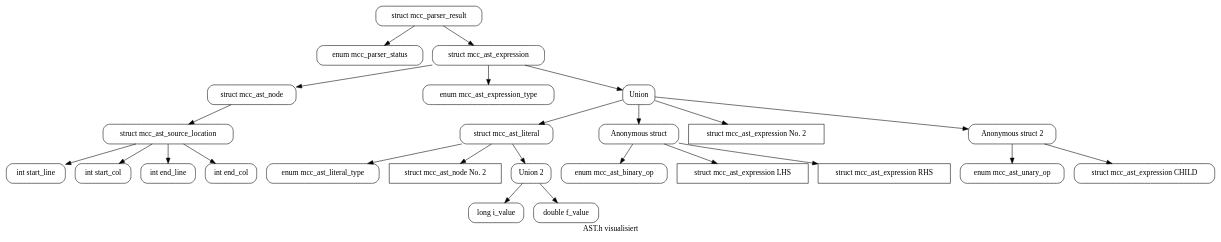
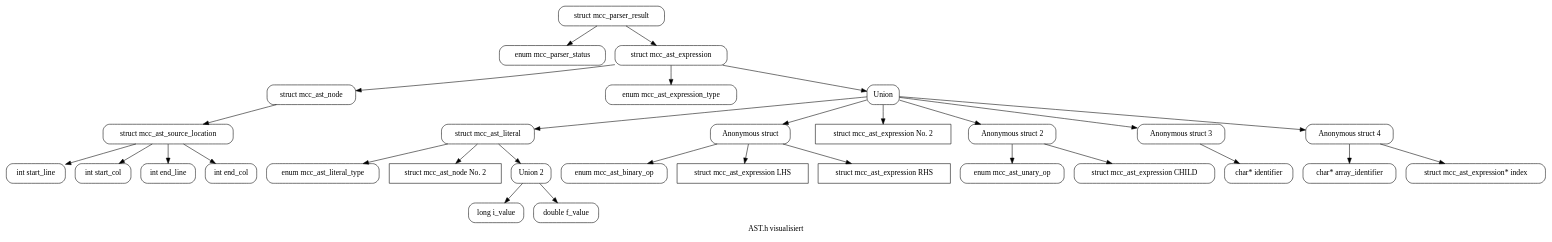
The diagram in tmp_development/Oliver/data_structures/graph.dot (RaoulSchikora/compiler), drawn with Graphviz before and after one commit. The commit also changed 1 other file, not shown here.

Commit message:
updated data structure graph to include identifier and array elements

```diff
--- a/tmp_development/Oliver/data_structures/graph.dot
+++ b/tmp_development/Oliver/data_structures/graph.dot
@@ -1,57 +1,67 @@
 digraph {
 	label="AST.h visualisiert"
 	
 	"struct mcc_parser_result"[shape="box", style=rounded];
 	"enum mcc_parser_status"[shape="box",style=rounded];
 	"struct mcc_ast_source_location"[shape="box", style=rounded];
 	"int start_line"[shape="box", style=rounded];
 	"int start_col"[shape="box", style=rounded];
 	"int end_line"[shape="box", style=rounded];
 	"int end_col"[shape="box", style=rounded];
 	"struct mcc_ast_node"[shape="box", style=rounded];
 	"enum mcc_ast_binary_op"[shape="box", style=rounded];
 	"enum mcc_ast_expression_type"[shape="box", style=rounded];
 	"struct mcc_ast_expression"[shape="box", style=rounded];
 	"enum mcc_ast_literal_type"[shape="box", style=rounded];
 	"struct mcc_ast_literal"[shape="box", style=rounded];
 	"Union"[shape="box", style=rounded];
 	"Anonymous struct"[shape="box", style=rounded];
 	"struct mcc_ast_expression LHS"[shape="box"];
 	"struct mcc_ast_expression RHS"[shape="box"];
 	"struct mcc_ast_expression No. 2"[shape="box"];
 	"struct mcc_ast_node No. 2"[shape="box"];
 	"Union 2"[shape="box",style=rounded];
 	"long i_value"[shape="box",style=rounded];
 	"double f_value"[shape="box",style=rounded];
 	"enum mcc_ast_unary_op"[shape="box",style=rounded];
 	"struct mcc_ast_expression CHILD"[shape="box",style=rounded];
 	"Anonymous struct 2"[shape="box", style=rounded];
+	"Anonymous struct 3"[shape="box", style=rounded];
+	"Anonymous struct 4"[shape="box", style=rounded];
+	"char* array_identifier"[shape="box", style=rounded];
+	"struct mcc_ast_expression* index"[shape="box", style=rounded];
+	"char* identifier"[shape="box", style=rounded];
 
 
 	"struct mcc_ast_source_location" -> "int start_line";
 	"struct mcc_ast_source_location" -> "int start_col";	
 	"struct mcc_ast_source_location" -> "int end_line";
 	"struct mcc_ast_source_location" -> "int end_col";
 	
 	"struct mcc_ast_node" -> "struct mcc_ast_source_location";
 	
 	"struct mcc_ast_expression" -> "struct mcc_ast_node";
 	"struct mcc_ast_expression" -> "enum mcc_ast_expression_type";
 	"struct mcc_ast_expression" -> "Union";
 	"Union" -> "struct mcc_ast_literal";	
 	"Union" -> "Anonymous struct";
 	"Union" -> "struct mcc_ast_expression No. 2";
 	"Union" -> "Anonymous struct 2"
 	"Anonymous struct 2" -> "enum mcc_ast_unary_op";
 	"Anonymous struct 2" -> "struct mcc_ast_expression CHILD";
 	"Anonymous struct" -> "enum mcc_ast_binary_op";
 	"Anonymous struct" -> "struct mcc_ast_expression LHS";
 	"Anonymous struct" -> "struct mcc_ast_expression RHS";
 	"struct mcc_ast_literal" -> "struct mcc_ast_node No. 2";
 	"struct mcc_ast_literal" -> "enum mcc_ast_literal_type";
 	"struct mcc_ast_literal" -> "Union 2";
 	"Union 2" -> "long i_value";
 	"Union 2" -> "double f_value";
 	"struct mcc_parser_result" -> "enum mcc_parser_status";
 	"struct mcc_parser_result" -> "struct mcc_ast_expression";
+	"Union" -> "Anonymous struct 3";
+	"Union" -> "Anonymous struct 4";
+	"Anonymous struct 3" -> "char* identifier";
+	"Anonymous struct 4" -> "char* array_identifier";
+	"Anonymous struct 4" -> "struct mcc_ast_expression* index";
 }
```
